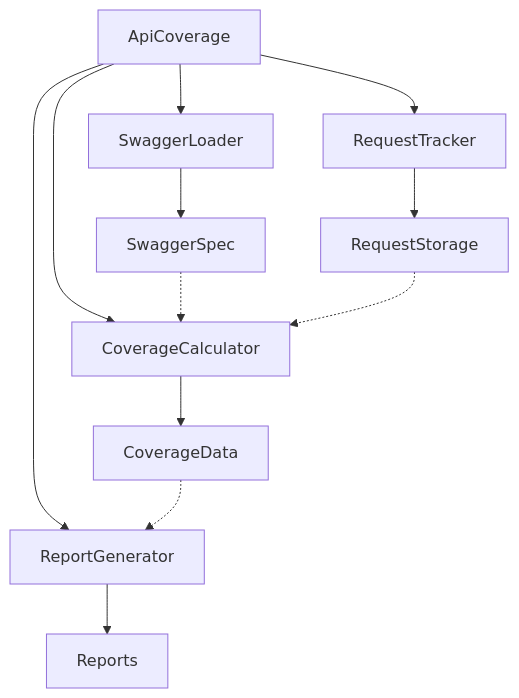
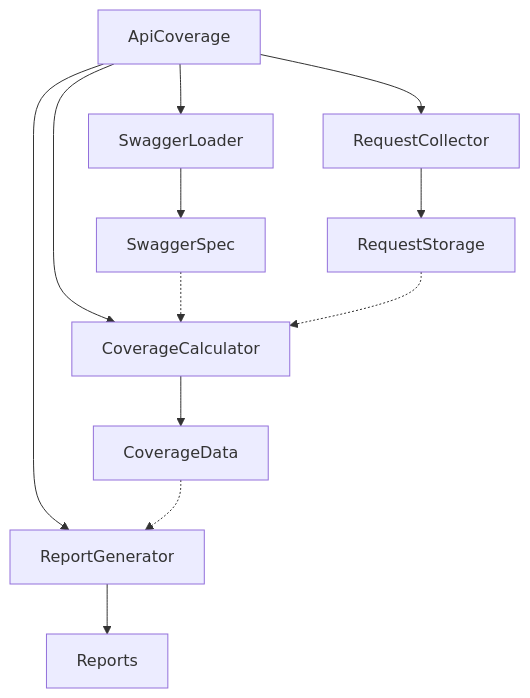
One commit to mnmlsniper/covermba changed the diagram in docs/architecture.md. Above: the diagram before and after it, drawn with Mermaid. The commit also changed other lines of this file and 11 other files, not shown here.

````diff
--- a/docs/architecture.md
+++ b/docs/architecture.md
@@ -9,16 +9,16 @@
 ```mermaid
 graph TD
     A[ApiCoverage] --> B[SwaggerLoader]
-    A --> C[RequestTracker]
+    A --> C[RequestCollector]
     A --> D[CoverageCalculator]
     A --> E[ReportGenerator]
     
     B --> F[SwaggerSpec]
     C --> G[RequestStorage]
     D --> H[CoverageData]
     E --> I[Reports]
 
     F -.-> D
     G -.-> D
     H -.-> E
 ```
````
